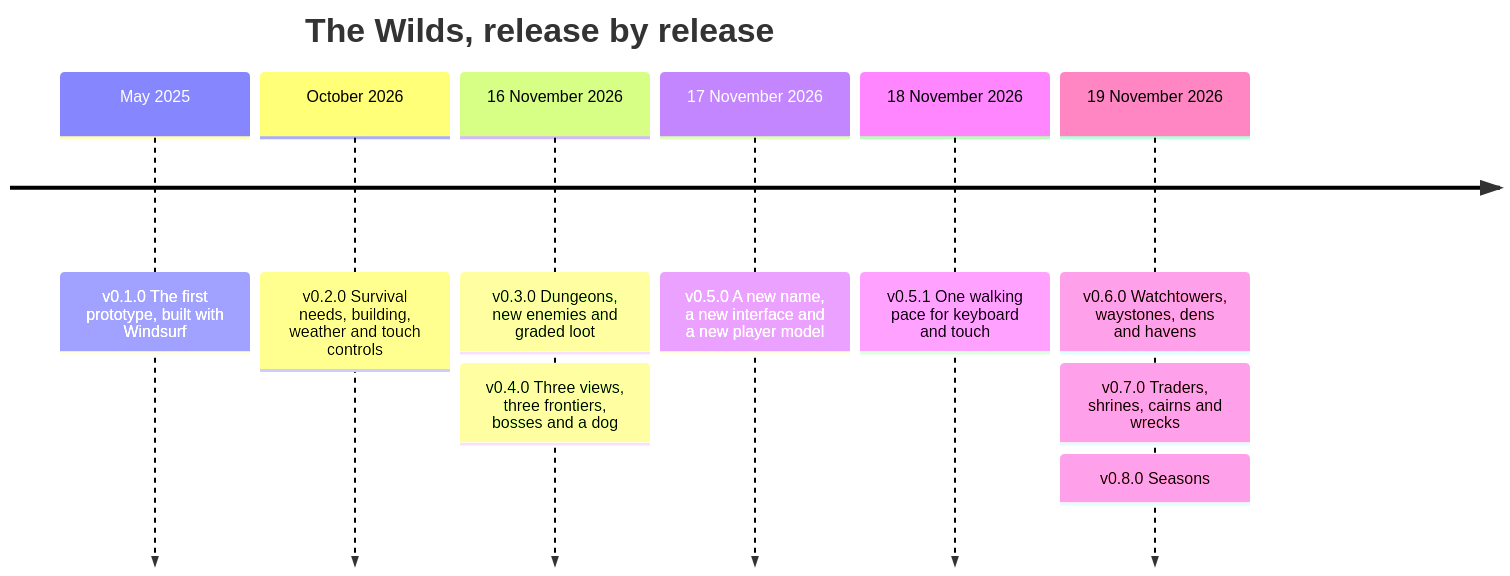
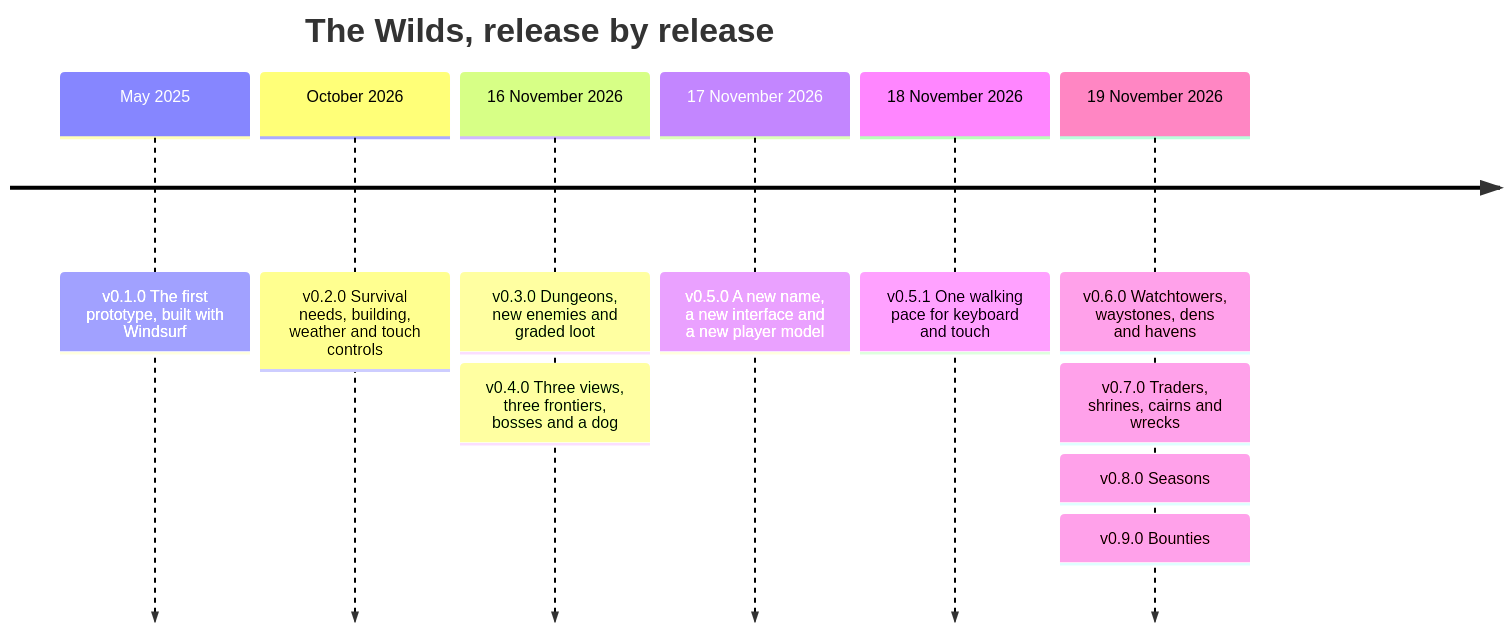
One commit to CptNope/Survival-Game changed the fifth of 5 diagrams in README.md. Above: the diagram before and after it, drawn with Mermaid. The commit also changed other lines of this file and 14 other files, not shown here.

````diff
--- a/README.md
+++ b/README.md
@@ -509,13 +526,14 @@
 ```mermaid
 timeline
     title The Wilds, release by release
     May 2025 : v0.1.0 The first prototype, built with Windsurf
     October 2026 : v0.2.0 Survival needs, building, weather and touch controls
     16 November 2026 : v0.3.0 Dungeons, new enemies and graded loot
                      : v0.4.0 Three views, three frontiers, bosses and a dog
     17 November 2026 : v0.5.0 A new name, a new interface and a new player model
     18 November 2026 : v0.5.1 One walking pace for keyboard and touch
     19 November 2026 : v0.6.0 Watchtowers, waystones, dens and havens
                      : v0.7.0 Traders, shrines, cairns and wrecks
                      : v0.8.0 Seasons
+                     : v0.9.0 Bounties
 ```
````
